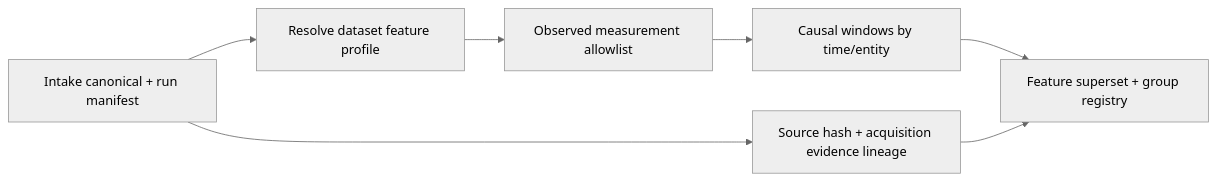
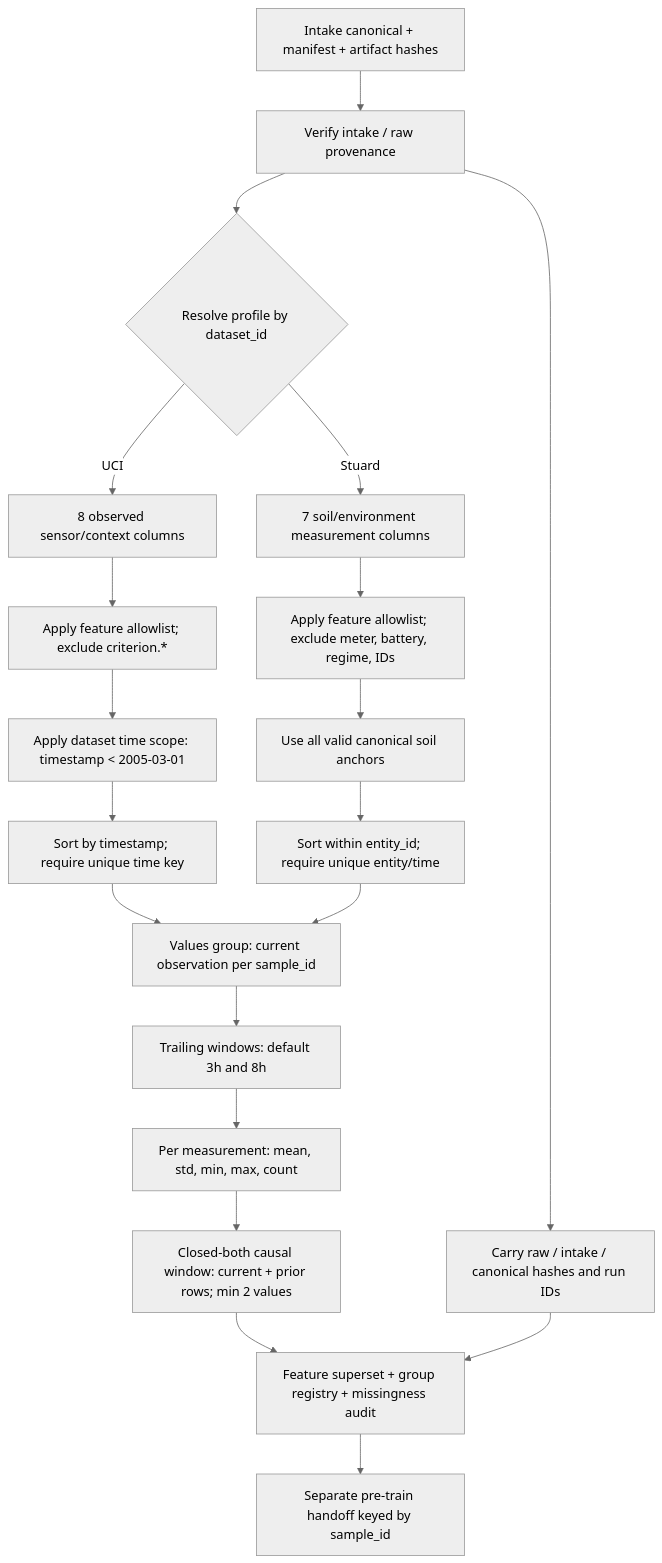
One commit to lawnguyenit/AgriFusion-IoT changed the first of 2 diagrams in Backend/Benchmark/external_features/FLOW.md. Above: the diagram before and after it, drawn with Mermaid (neutral theme). The commit also changed other lines of this file and 23 other files, not shown here.

````diff
--- a/Backend/Benchmark/external_features/FLOW.md
+++ b/Backend/Benchmark/external_features/FLOW.md
@@ -3,9 +3,22 @@
 ```mermaid
-flowchart LR
-    A["Intake canonical + run manifest"] --> B["Resolve dataset feature profile"]
-    B --> C["Observed measurement allowlist"]
-    C --> D["Causal windows by time/entity"]
-    D --> E["Feature superset + group registry"]
-    A --> F["Source hash + acquisition evidence lineage"]
-    F --> E
+flowchart TD
+    A["Intake canonical + manifest + artifact hashes"] --> B["Verify intake / raw provenance"]
+    B --> C{"Resolve profile by dataset_id"}
+    C -->|"UCI"| U["8 observed sensor/context columns"]
+    C -->|"Stuard"| S["7 soil/environment measurement columns"]
+    U --> D["Apply feature allowlist; exclude criterion.*"]
+    S --> D2["Apply feature allowlist; exclude meter, battery, regime, IDs"]
+    D --> E["Apply dataset time scope: timestamp < 2005-03-01"]
+    D2 --> F["Use all valid canonical soil anchors"]
+    E --> G["Sort by timestamp; require unique time key"]
+    F --> G2["Sort within entity_id; require unique entity/time"]
+    G --> H["Values group: current observation per sample_id"]
+    G2 --> H
+    H --> I["Trailing windows: default 3h and 8h"]
+    I --> J["Per measurement: mean, std, min, max, count"]
+    J --> K["Closed-both causal window: current + prior rows; min 2 values"]
+    K --> L["Feature superset + group registry + missingness audit"]
+    B --> M["Carry raw / intake / canonical hashes and run IDs"]
+    M --> L
+    L --> N["Separate pre-train handoff keyed by sample_id"]
 ```
````
